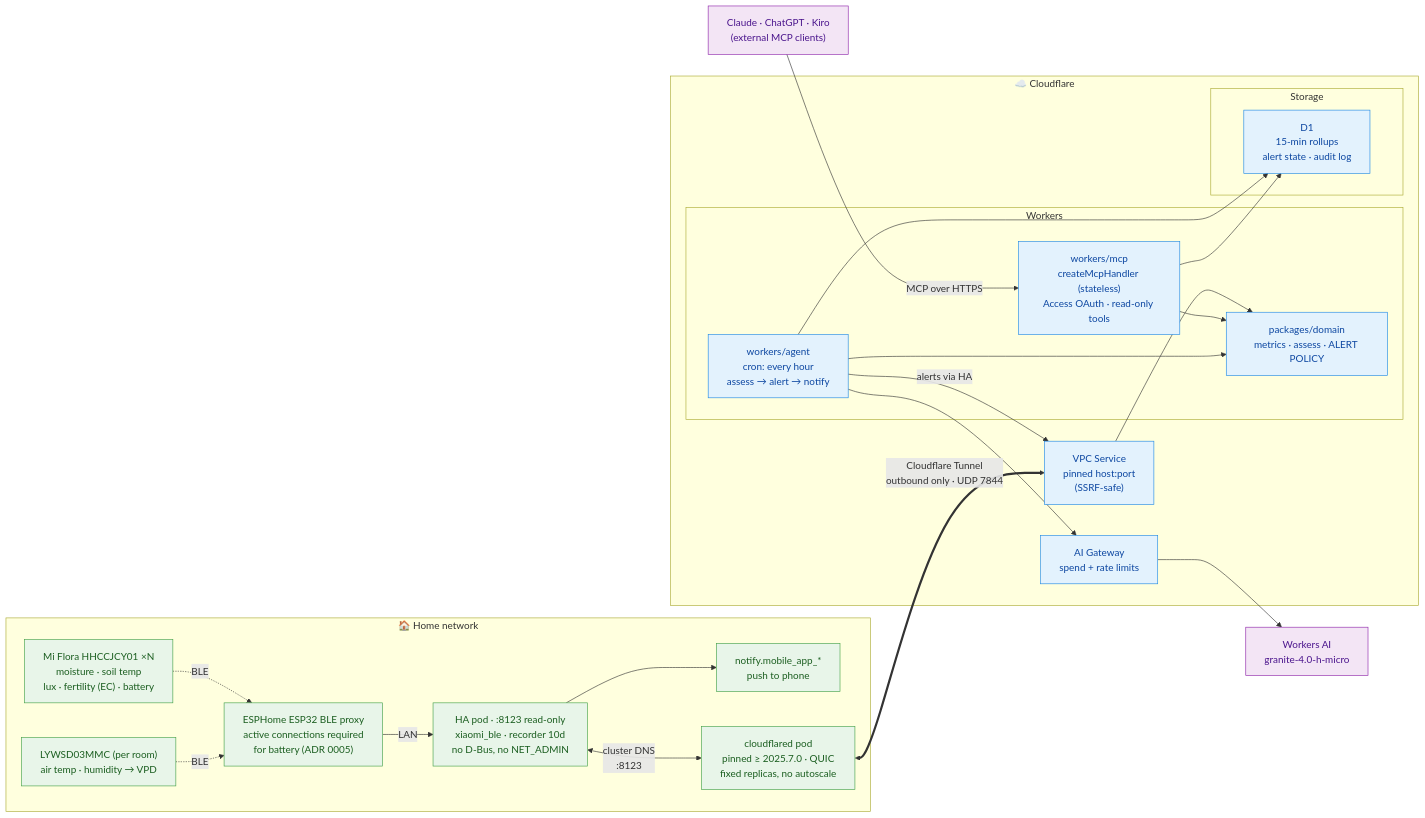
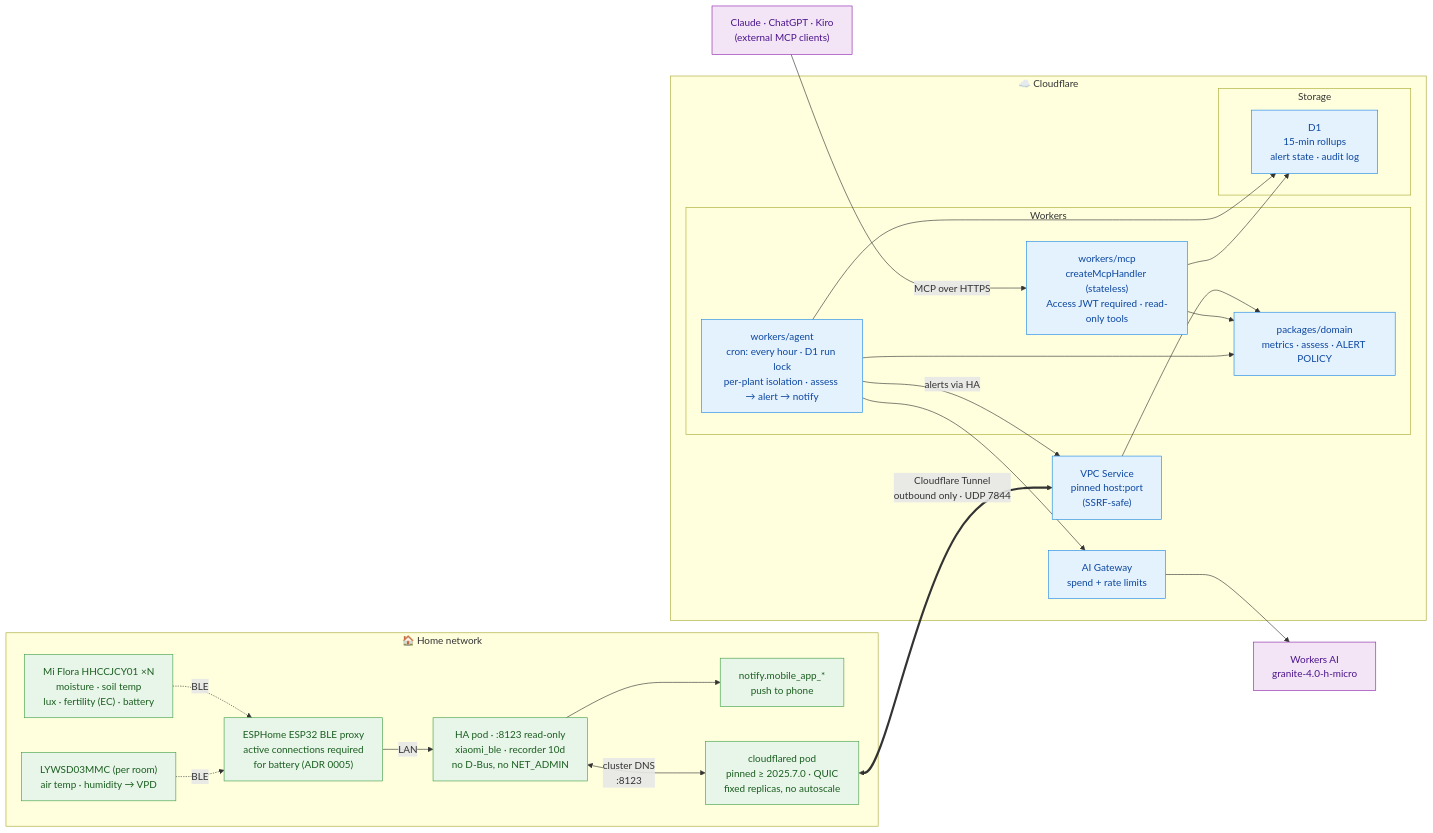
The diagram in README.md (mysticrenji/agent-greenhopper), drawn with Mermaid before and after one commit. The commit also changed other lines of this file and 7 other files, not shown here.

````diff
--- a/README.md
+++ b/README.md
@@ -16,55 +18,55 @@
 ```mermaid
 flowchart LR
     subgraph HOME["🏠 Home network"]
         MIFLORA["Mi Flora HHCCJCY01 ×N<br/>moisture · soil temp<br/>lux · fertility (EC) · battery"]
         RHSENSOR["LYWSD03MMC (per room)<br/>air temp · humidity → VPD"]
         PROXY["ESPHome ESP32 BLE proxy<br/>active connections required<br/>for battery (ADR 0005)"]
         HA["HA pod · :8123 read-only<br/>xiaomi_ble · recorder 10d<br/>no D-Bus, no NET_ADMIN"]
         NOTIFY["notify.mobile_app_*<br/>push to phone"]
         CFD["cloudflared pod<br/>pinned ≥ 2025.7.0 · QUIC<br/>fixed replicas, no autoscale"]
 
         MIFLORA -. BLE .-> PROXY
         RHSENSOR -. BLE .-> PROXY
         PROXY -- "LAN" --> HA
         HA <-- "cluster DNS<br/>:8123" --> CFD
         HA --> NOTIFY
     end
 
     CFD <== "Cloudflare Tunnel<br/>outbound only · UDP 7844" ==> VPC
 
     subgraph CF["☁️ Cloudflare"]
         VPC["VPC Service<br/>pinned host:port<br/>(SSRF-safe)"]
 
         subgraph WORKERS["Workers"]
-            MCP["workers/mcp<br/>createMcpHandler (stateless)<br/>Access OAuth · read-only tools"]
-            AGENT["workers/agent<br/>cron: every hour<br/>assess → alert → notify"]
+            MCP["workers/mcp<br/>createMcpHandler (stateless)<br/>Access JWT required · read-only tools"]
+            AGENT["workers/agent<br/>cron: every hour · D1 run lock<br/>per-plant isolation · assess → alert → notify"]
             CORE["packages/domain<br/>metrics · assess · ALERT POLICY"]
         end
 
         subgraph STORE["Storage"]
             D1["D1<br/>15-min rollups<br/>alert state · audit log"]
         end
 
         GW["AI Gateway<br/>spend + rate limits"]
     end
 
     LLM["Workers AI<br/>granite-4.0-h-micro"]
     CLIENTS["Claude · ChatGPT · Kiro<br/>(external MCP clients)"]
 
     VPC --> CORE
     MCP --> CORE
     AGENT --> CORE
     AGENT --> D1
     MCP --> D1
     AGENT --> GW
     GW --> LLM
     AGENT -- "alerts via HA" --> VPC
     CLIENTS -- "MCP over HTTPS" --> MCP
 
     classDef home fill:#e8f5e9,stroke:#43a047,color:#1b5e20
     classDef cloud fill:#e3f2fd,stroke:#1e88e5,color:#0d47a1
     classDef ext fill:#f3e5f5,stroke:#8e24aa,color:#4a148c
     class MIFLORA,RHSENSOR,PROXY,HA,NOTIFY,CFD home
     class VPC,MCP,AGENT,CORE,D1,GW cloud
     class LLM,CLIENTS ext
 ```
````
